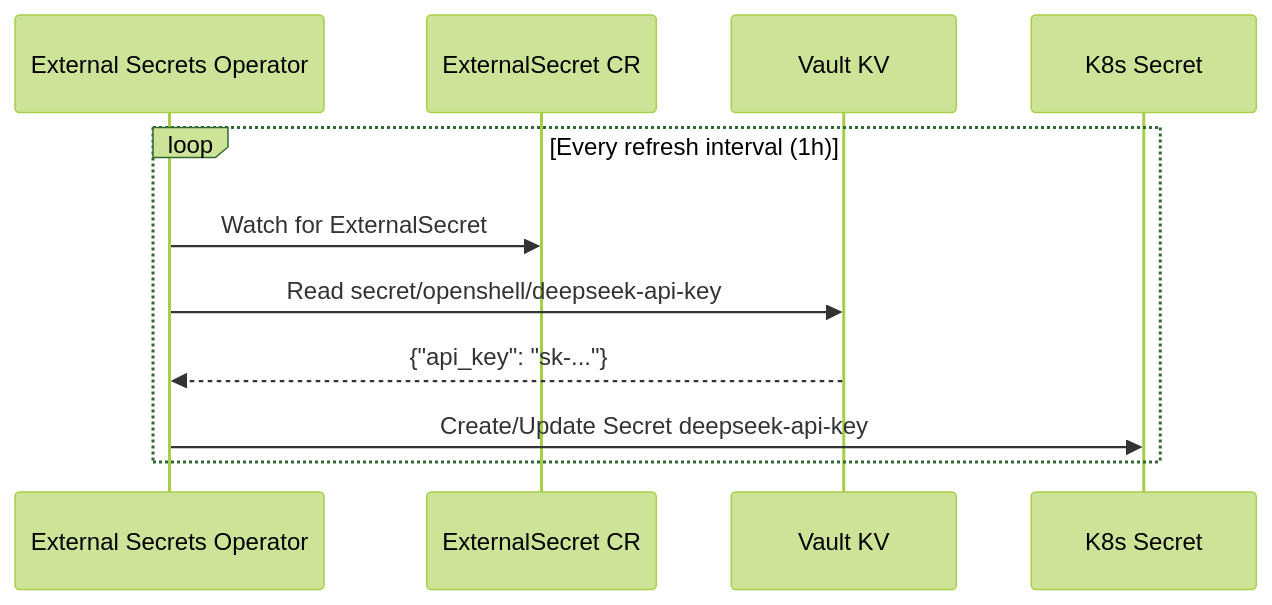
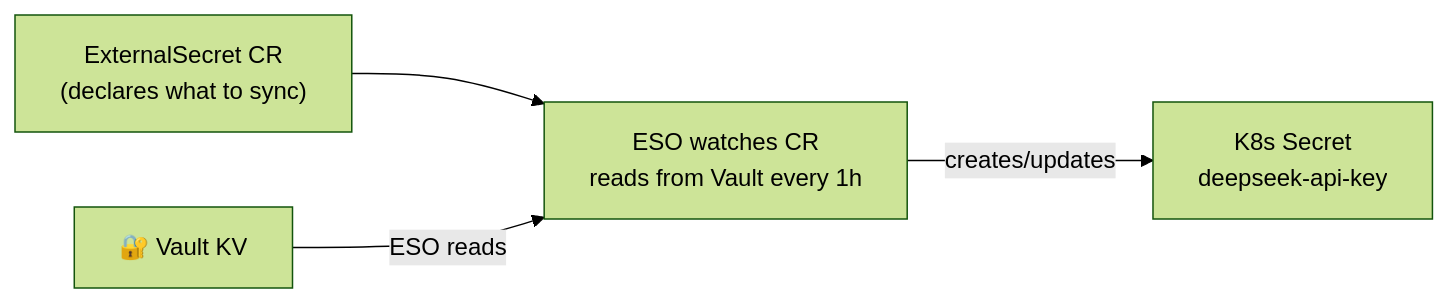
The third of 4 diagrams in docs/9-ztvp-integration/README.md (avijra/openshell-ztm-lab), drawn with Mermaid (forest theme) before and after one commit. The commit also changed other lines of this file and 6 other files, not shown here.

First line of the commit message:
fix: replace all unreadable sequence diagrams with simple vertical flows

````diff
--- a/docs/9-ztvp-integration/README.md
+++ b/docs/9-ztvp-integration/README.md
@@ -120,14 +116,11 @@
 ```mermaid
-sequenceDiagram
-    participant ESO as External Secrets Operator
-    participant ES as ExternalSecret CR
-    participant Vault as Vault KV
-    participant K8s as K8s Secret
+graph LR
+    ES["ExternalSecret CR<br/>(declares what to sync)"]
+    ESO["ESO watches CR<br/>reads from Vault every 1h"]
+    V["🔐 Vault KV"]
+    KS["K8s Secret<br/>deepseek-api-key"]
 
-    loop Every refresh interval (1h)
-        ESO->>ES: Watch for ExternalSecret
-        ESO->>Vault: Read secret/openshell/deepseek-api-key
-        Vault-->>ESO: {"api_key": "sk-..."}
-        ESO->>K8s: Create/Update Secret deepseek-api-key
-    end
+    ES --> ESO
+    V -->|"ESO reads"| ESO
+    ESO -->|"creates/updates"| KS
 ```
````
